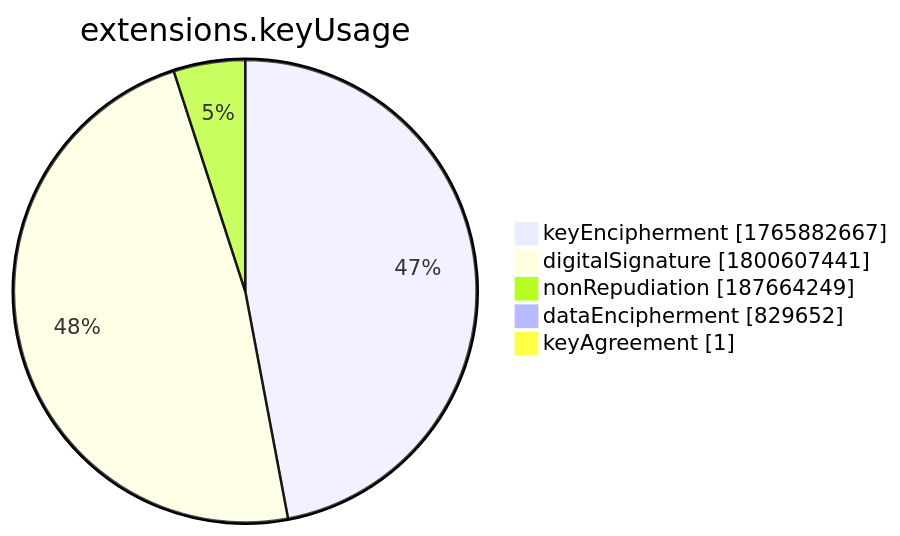
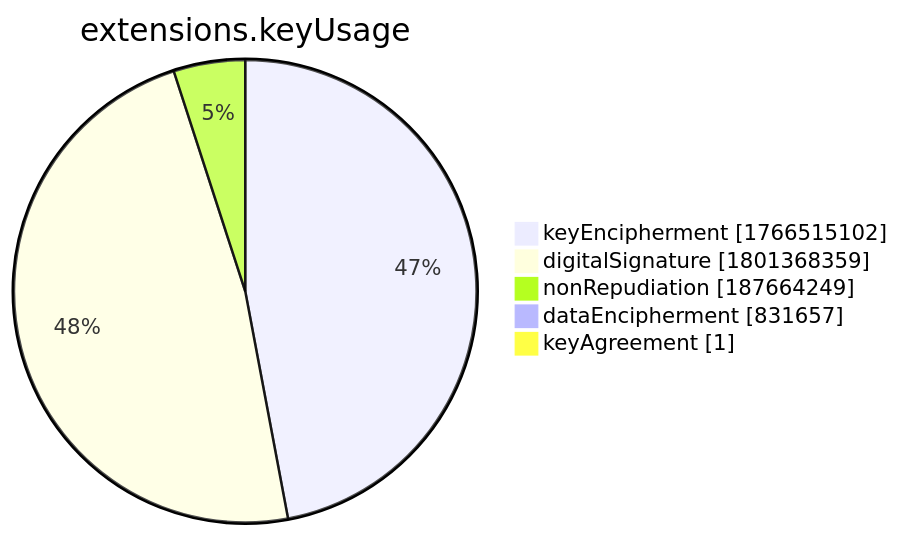
One commit to christiankrug/ctmonitor_visualization changed the seventh of 15 diagrams in xenon2022/README.md. Above: the diagram before and after it, drawn with Mermaid. The commit also changed other lines of this file, not shown here.

````diff
--- a/xenon2022/README.md
+++ b/xenon2022/README.md
@@ -2859,9 +2859,9 @@
 ```mermaid
 pie showData
 title extensions.keyUsage
-"keyEncipherment" :1765882667
-"digitalSignature" :1800607441
+"keyEncipherment" :1766515102
+"digitalSignature" :1801368359
 "nonRepudiation" :187664249
-"dataEncipherment" :829652
+"dataEncipherment" :831657
 "keyAgreement" :1
 ```
````
